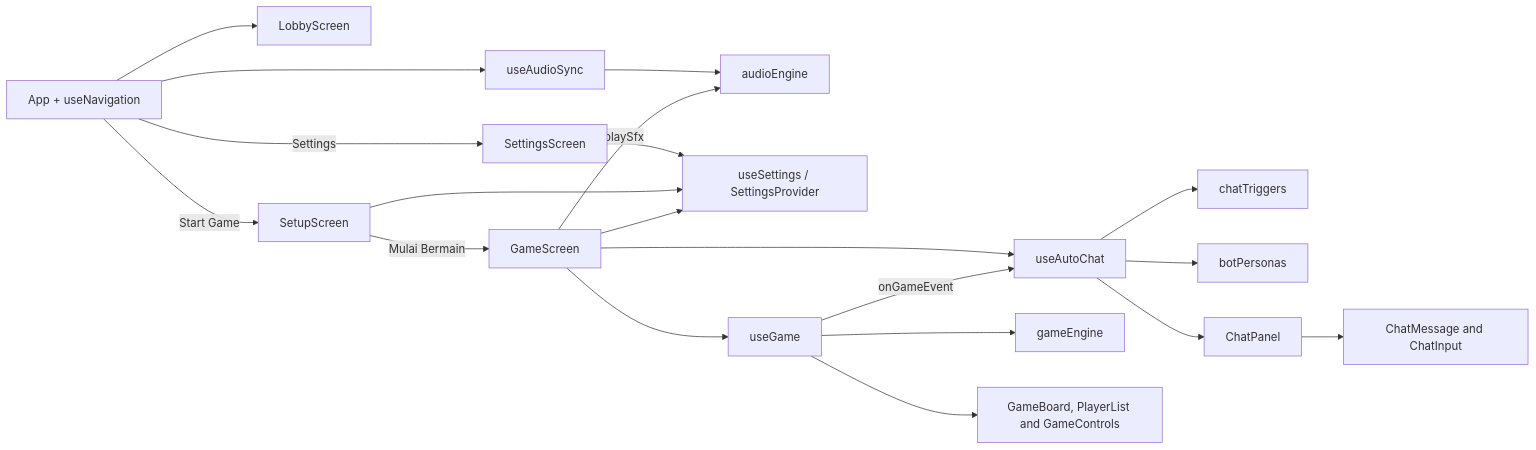
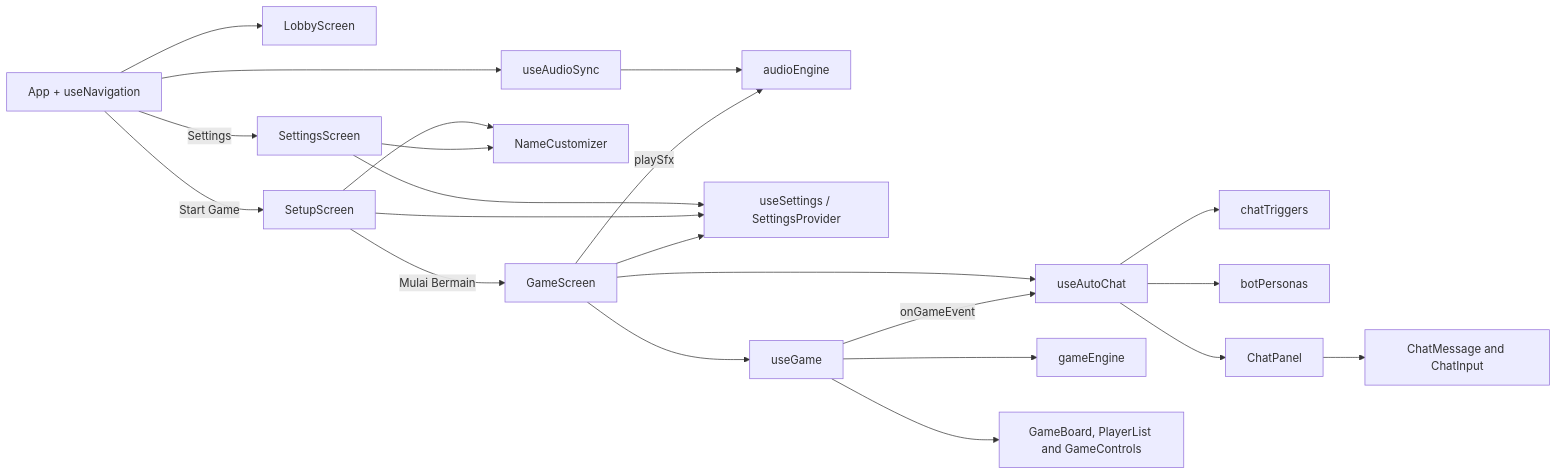
The diagram in ARCHITECTURE.md (Wy07-ai/snake-and-ladder), drawn with Mermaid before and after one commit. The commit also changed other lines of this file and 24 other files, not shown here.

````diff
--- a/ARCHITECTURE.md
+++ b/ARCHITECTURE.md
@@ -51,22 +57,24 @@
 ```mermaid
 flowchart LR
     A[App + useNavigation] --> L[LobbyScreen]
     A --> AU[useAudioSync]
     AU --> AE[audioEngine]
     A -->|Settings| ST[SettingsScreen]
     ST --> SP[useSettings / SettingsProvider]
     A -->|Start Game| SU[SetupScreen]
     SU --> SP
+    SU --> NC[NameCustomizer]
+    ST --> NC
     SU -->|Mulai Bermain| GS[GameScreen]
     GS --> SP
     GS -->|playSfx| AE
     GS --> B[useGame]
     GS --> C[useAutoChat]
     B -->|onGameEvent| C
     B --> D[gameEngine]
     C --> E[chatTriggers]
     C --> F[botPersonas]
     C --> G[ChatPanel]
     G --> H[ChatMessage and ChatInput]
     B --> I[GameBoard, PlayerList and GameControls]
 ```
````
